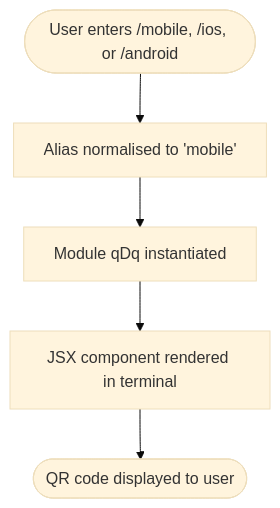
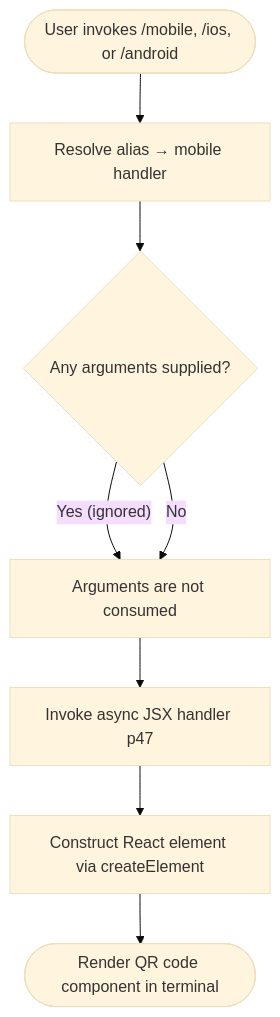
One commit to MyLittleLuckyDog/cc-gnothi changed the diagram in versions/v2.1.144/mobile.md. Above: the diagram before and after it, drawn with Mermaid (base theme). The commit also changed other lines of this file and 483 other files, not shown here.

````diff
--- a/versions/v2.1.144/mobile.md
+++ b/versions/v2.1.144/mobile.md
@@ -47,7 +59,10 @@
 ```mermaid
 flowchart TD
-    A([User enters /mobile, /ios, or /android]) --> B[Alias normalised to 'mobile']
-    B --> C[Module qDq instantiated]
-    C --> D[JSX component rendered in terminal]
-    D --> E([QR code displayed to user])
+    A([User invokes /mobile, /ios, or /android]) --> B[Resolve alias → mobile handler]
+    B --> C{Any arguments supplied?}
+    C -- "Yes (ignored)" --> D[Arguments are not consumed]
+    C -- "No" --> D
+    D --> E[Invoke async JSX handler p47]
+    E --> F[Construct React element via createElement]
+    F --> G([Render QR code component in terminal])
 ```
````
